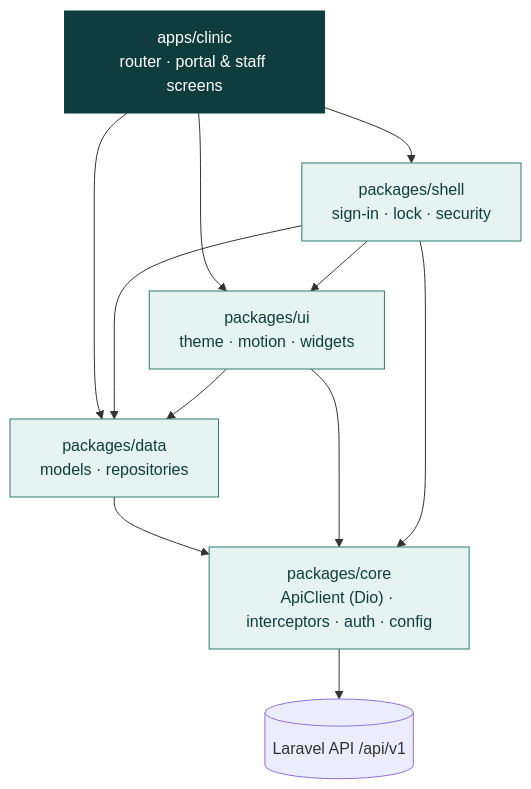
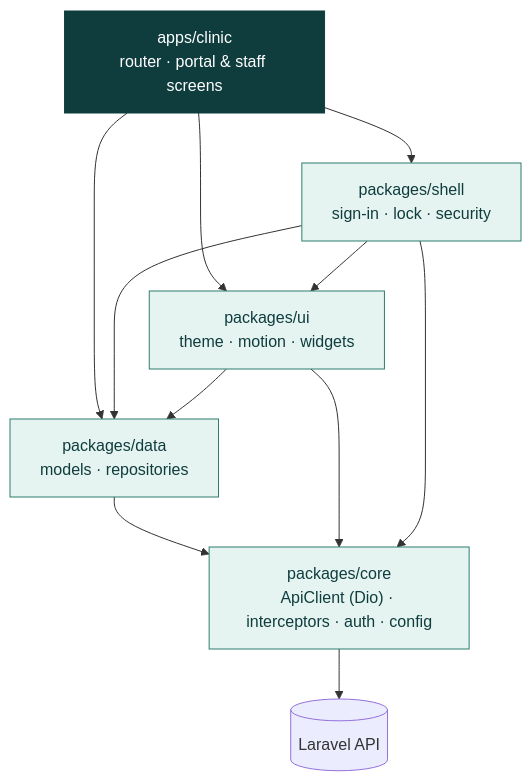
One commit to HussainALAradi5/e_clinic_mobile changed the second of 4 diagrams in README.md. Above: the diagram before and after it, drawn with Mermaid. The commit also changed other lines of this file and 4 other files, not shown here.

````diff
--- a/README.md
+++ b/README.md
@@ -154,15 +154,15 @@
 ```mermaid
 flowchart TD
     app["apps/clinic<br/>router · portal & staff screens"]:::app --> shell["packages/shell<br/>sign-in · lock · security"]:::pkg
     app --> ui["packages/ui<br/>theme · motion · widgets"]:::pkg
     app --> data["packages/data<br/>models · repositories"]:::pkg
     shell --> ui
     shell --> data
     ui --> data
     data --> core["packages/core<br/>ApiClient (Dio) · interceptors · auth · config"]:::pkg
     ui --> core
     shell --> core
-    core --> api[("Laravel API /api/v1")]
+    core --> api[("Laravel API")]
     classDef app fill:#0f3d3e,color:#fff,stroke:#0f3d3e
     classDef pkg fill:#e6f4f1,stroke:#2f7d6d,color:#0f3d3e
 ```
````
